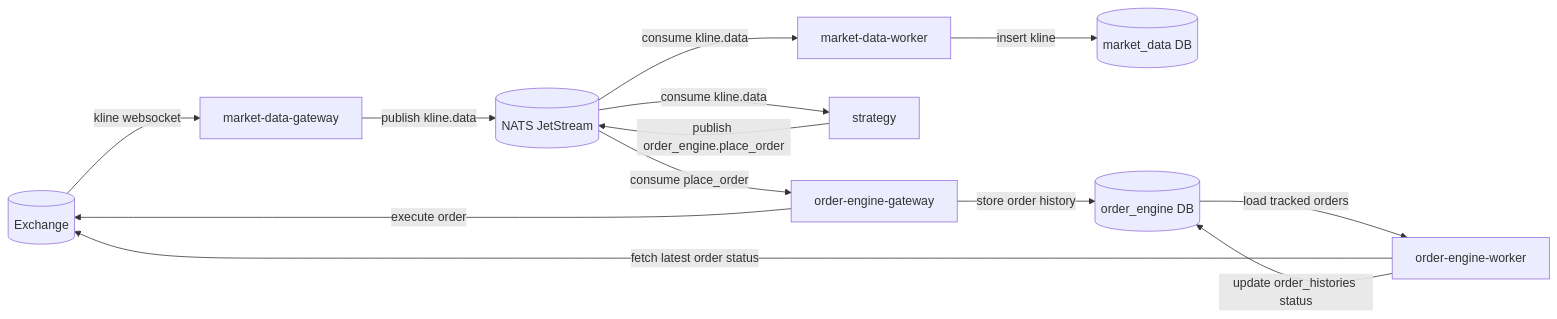
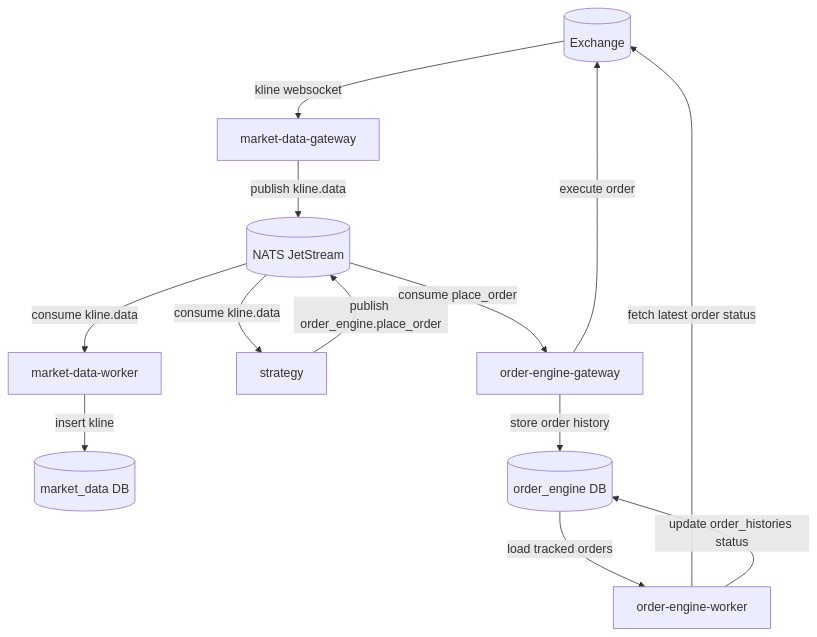
Before and after one commit to krobus00/hft-service: the diagram in README.md, drawn with Mermaid.

Commit message:
Change flowchart direction from LR to TB
Updated flowchart direction in the README.

````diff
--- a/README.md
+++ b/README.md
@@ -22,25 +22,25 @@
 ```mermaid
-flowchart LR
+flowchart TB
   EX[(Exchange)]
   NATS[(NATS JetStream)]
   MDG[market-data-gateway]
   MDW[market-data-worker]
   STRAT[strategy]
   OEG[order-engine-gateway]
   OEW[order-engine-worker]
   MDB[(market_data DB)]
   ODB[(order_engine DB)]
 
   EX -->|kline websocket| MDG
   MDG -->|publish kline.data| NATS
   NATS -->|consume kline.data| MDW
   NATS -->|consume kline.data| STRAT
   MDW -->|insert kline| MDB
   STRAT -->|publish order_engine.place_order| NATS
   NATS -->|consume place_order| OEG
   OEG -->|execute order| EX
   OEG -->|store order history| ODB
   ODB -->|load tracked orders| OEW
   OEW -->|fetch latest order status| EX
   OEW -->|update order_histories status| ODB
 ```
````
